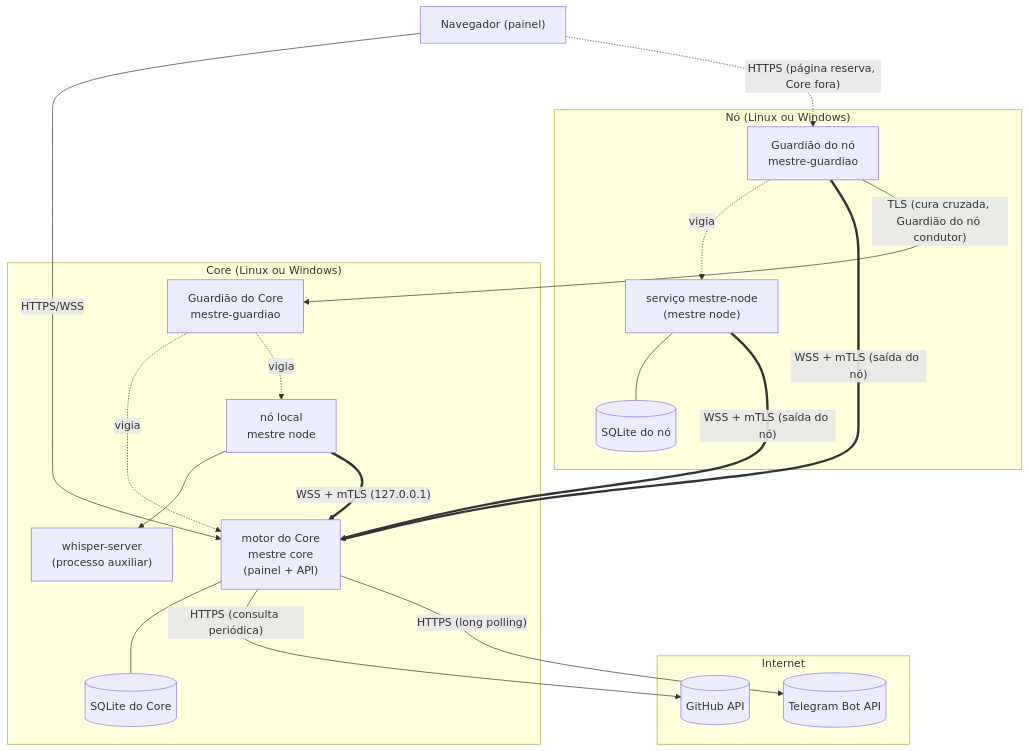
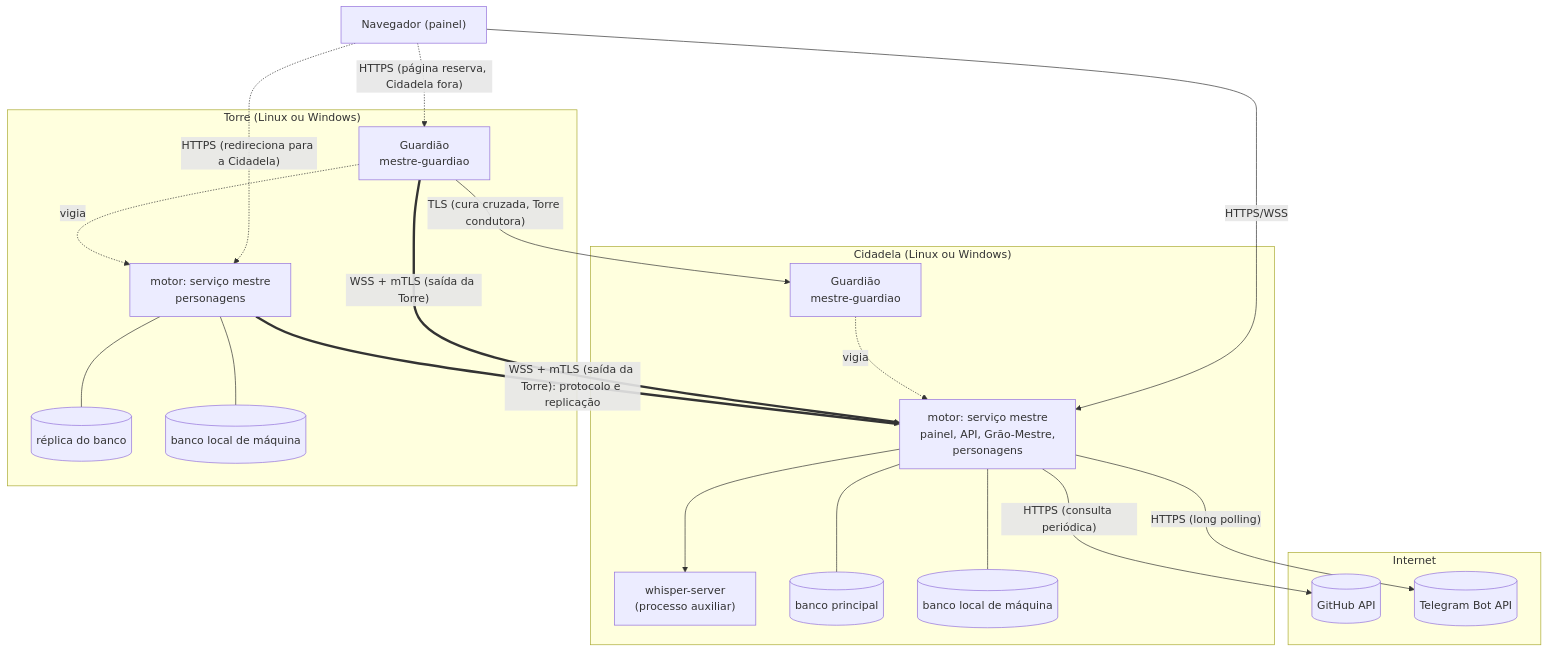
One commit to lucasndas/mestre changed the diagram in docs/arquitetura/visao-geral.md. Above: the diagram before and after it, drawn with Mermaid. The commit also changed other lines of this file and 142 other files, not shown here.

First line of the commit message:
refactor!: one Mestre per machine forming a Guild (Cidadela and Torres)

````diff
--- a/docs/arquitetura/visao-geral.md
+++ b/docs/arquitetura/visao-geral.md
@@ -16,34 +24,36 @@
 ```mermaid
 flowchart TB
   subgraph Internet
     GH[(GitHub API)]
     TG[(Telegram Bot API)]
   end
-  subgraph Core["Core (Linux ou Windows)"]
-    MC["motor do Core<br/>mestre core<br/>(painel + API)"]
-    NL["nó local<br/>mestre node"]
-    GC["Guardião do Core<br/>mestre-guardiao"]
+  subgraph Cidadela["Cidadela (Linux ou Windows)"]
+    MC["motor: serviço mestre<br/>painel, API, Grão-Mestre,<br/>personagens"]
+    GC["Guardião<br/>mestre-guardiao"]
     WS["whisper-server<br/>(processo auxiliar)"]
-    DBC[(SQLite do Core)]
-    MC --- DBC
-    NL --> WS
-    NL == "WSS + mTLS (127.0.0.1)" ==> MC
+    DBP[(banco principal)]
+    DBLC[(banco local de máquina)]
+    MC --- DBP
+    MC --- DBLC
+    MC --> WS
     GC -. vigia .-> MC
-    GC -. vigia .-> NL
   end
-  subgraph No["Nó (Linux ou Windows)"]
-    MN["serviço mestre-node<br/>(mestre node)"]
-    GN["Guardião do nó<br/>mestre-guardiao"]
-    DBN[(SQLite do nó)]
-    MN --- DBN
-    GN -. vigia .-> MN
+  subgraph Torre["Torre (Linux ou Windows)"]
+    MT["motor: serviço mestre<br/>personagens"]
+    GT["Guardião<br/>mestre-guardiao"]
+    DBR[(réplica do banco)]
+    DBLT[(banco local de máquina)]
+    MT --- DBR
+    MT --- DBLT
+    GT -. vigia .-> MT
   end
   NAV["Navegador (painel)"]
-  MN == "WSS + mTLS (saída do nó)" ==> MC
-  GN == "WSS + mTLS (saída do nó)" ==> MC
-  GN -- "TLS (cura cruzada, Guardião do nó condutor)" --> GC
+  MT == "WSS + mTLS (saída da Torre): protocolo e replicação" ==> MC
+  GT == "WSS + mTLS (saída da Torre)" ==> MC
+  GT -- "TLS (cura cruzada, Torre condutora)" --> GC
   NAV -- HTTPS/WSS --> MC
-  NAV -. "HTTPS (página reserva, Core fora)" .-> GN
+  NAV -. "HTTPS (redireciona para a Cidadela)" .-> MT
+  NAV -. "HTTPS (página reserva, Cidadela fora)" .-> GT
   MC -- "HTTPS (consulta periódica)" --> GH
   MC -- "HTTPS (long polling)" --> TG
 ```
````
